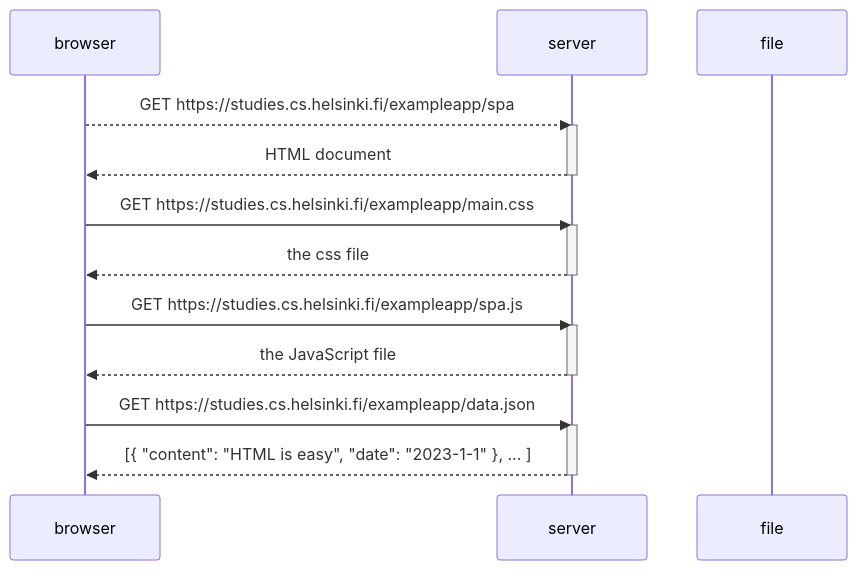
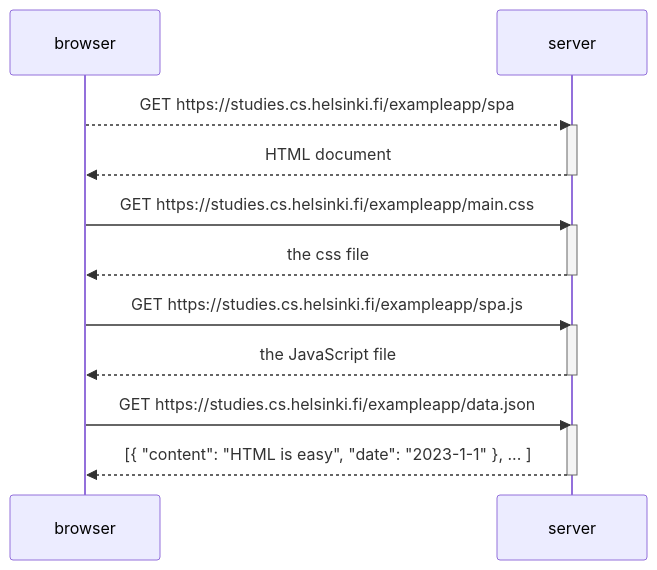
Before and after one commit to Fraile05/fullstackopen: the diagram in part0/exercise_0.5.md, drawn with Mermaid.

Commit message:
se elimina participante file

````diff
--- a/part0/exercise_0.5.md
+++ b/part0/exercise_0.5.md
@@ -4,26 +4,25 @@
 ```mermaid
 sequenceDiagram
     participant browser
     participant server
-    participant data.json as file
     
     browser-->>server: GET https://studies.cs.helsinki.fi/exampleapp/spa
     activate server
     server-->>browser: HTML document
     deactivate server
 
     browser->>server: GET https://studies.cs.helsinki.fi/exampleapp/main.css
     activate server
     server-->>browser: the css file
     deactivate server
 
     browser->>server: GET https://studies.cs.helsinki.fi/exampleapp/spa.js
     activate server
     server-->>browser: the JavaScript file
     deactivate server
 
     browser->>server: GET https://studies.cs.helsinki.fi/exampleapp/data.json
     activate server
     server-->>browser: [{ "content": "HTML is easy", "date": "2023-1-1" }, ... ]
     deactivate server
 ```
````
